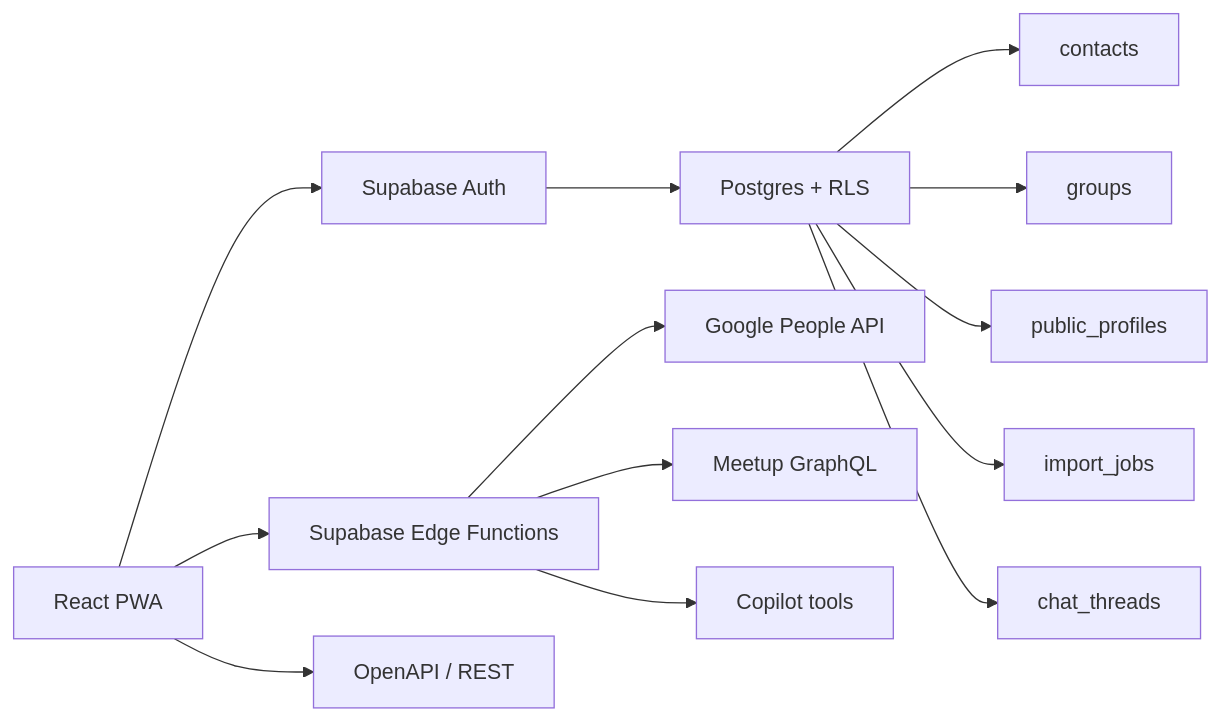
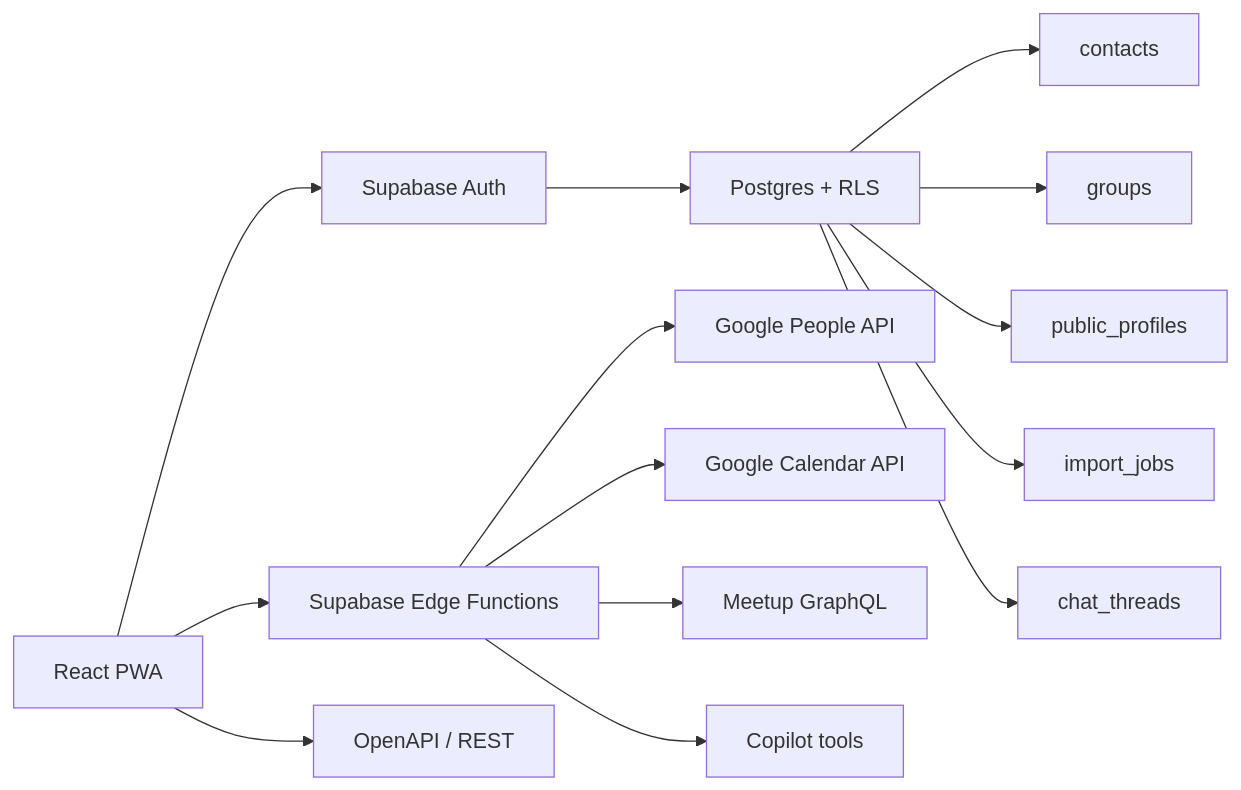
One commit to Leninn-Marinho-Rodrigues/grafy-cogmo-prototype changed the third of 3 diagrams in docs/guides/architecture.md. Above: the diagram before and after it, drawn with Mermaid. The commit also changed other lines of this file and 8 other files, not shown here.

Commit message:
Add Google data hub prototype flow

````diff
--- a/docs/guides/architecture.md
+++ b/docs/guides/architecture.md
@@ -89,17 +98,18 @@
 ```mermaid
 flowchart LR
   Front["React PWA"] --> SupabaseAuth["Supabase Auth"]
   Front --> Edge["Supabase Edge Functions"]
   Front --> API["OpenAPI / REST"]
 
   SupabaseAuth --> RLS["Postgres + RLS"]
   Edge --> Google["Google People API"]
+  Edge --> Calendar["Google Calendar API"]
   Edge --> Meetup["Meetup GraphQL"]
   Edge --> AI["Copilot tools"]
 
   RLS --> Contacts["contacts"]
   RLS --> Groups["groups"]
   RLS --> PublicProfiles["public_profiles"]
   RLS --> Imports["import_jobs"]
   RLS --> Chat["chat_threads"]
 ```
````
